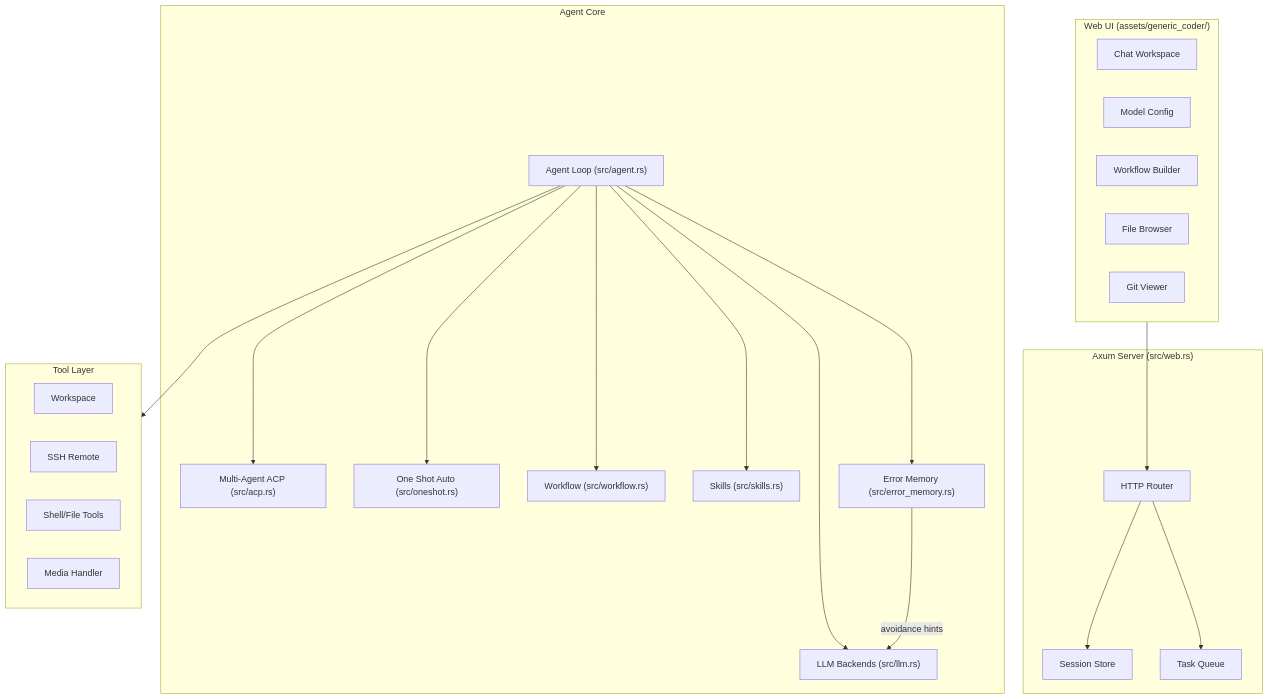
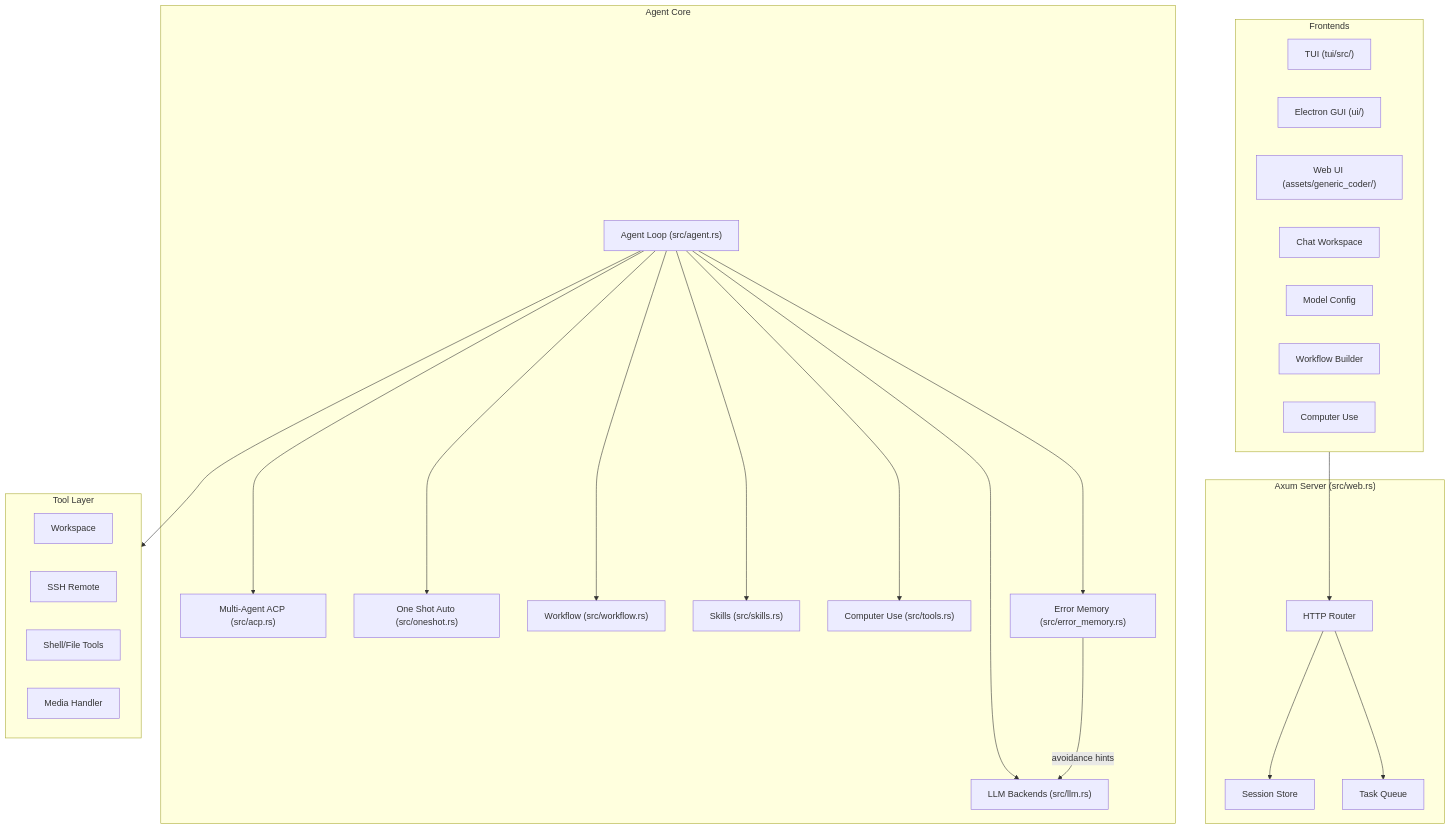
Before and after one commit to sapsapshen/Generic-Coder-Rust: the first of 2 diagrams in README.md, drawn with Mermaid. The commit also changed other lines of this file and 1 other file, not shown here.

First line of the commit message:
docs: update README with TUI, Electron GUI, Computer Use, cli-anything features

````diff
--- a/README.md
+++ b/README.md
@@ -11,45 +11,49 @@
 ```mermaid
 graph TB
-    subgraph Frontend["Web UI (assets/generic_coder/)"]
+    subgraph Frontend["Frontends"]
+        TUI_["TUI (tui/src/)"]
+        GUI_["Electron GUI (ui/)"]
+        Web_["Web UI (assets/generic_coder/)"]
         Chat["Chat Workspace"]
         Settings["Model Config"]
         WF["Workflow Builder"]
-        FS["File Browser"]
-        GitV["Git Viewer"]
+        CU["Computer Use"]
     end
 
     subgraph Server["Axum Server (src/web.rs)"]
         Router["HTTP Router"]
         Session["Session Store"]
         TaskQ["Task Queue"]
     end
 
     subgraph Core["Agent Core"]
         Agent["Agent Loop (src/agent.rs)"]
         LLM["LLM Backends (src/llm.rs)"]
         ACP["Multi-Agent ACP (src/acp.rs)"]
         OneShot["One Shot Auto (src/oneshot.rs)"]
         Workflow["Workflow (src/workflow.rs)"]
         Skills["Skills (src/skills.rs)"]
+        ComputerUse["Computer Use (src/tools.rs)"]
         ErrorMem["Error Memory (src/error_memory.rs)"]
     end
 
     subgraph Tools["Tool Layer"]
         Workspace["Workspace"]
         Remote["SSH Remote"]
         Shell["Shell/File Tools"]
         Media["Media Handler"]
     end
 
     Frontend --> Router
     Router --> Session
     Router --> TaskQ
     Agent --> LLM
     Agent --> ACP
     Agent --> OneShot
     Agent --> Workflow
     Agent --> Skills
+    Agent --> ComputerUse
     Agent --> ErrorMem
     Agent --> Tools
     ErrorMem -->|"avoidance hints"| LLM
 ```
````
